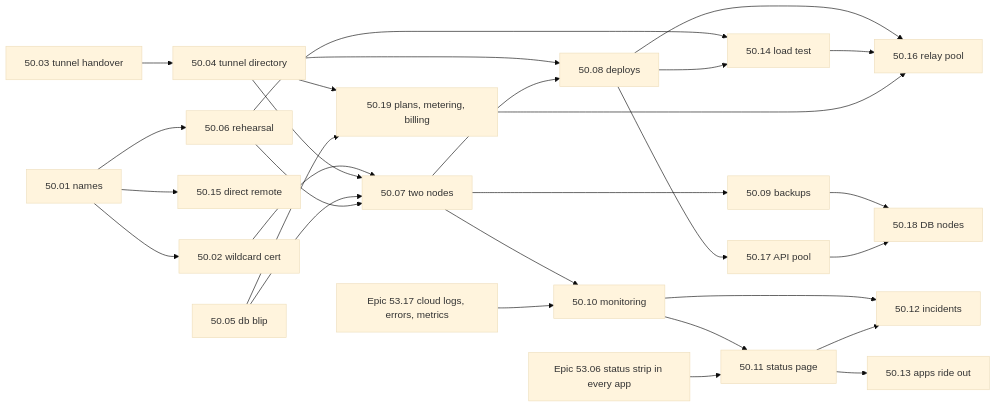
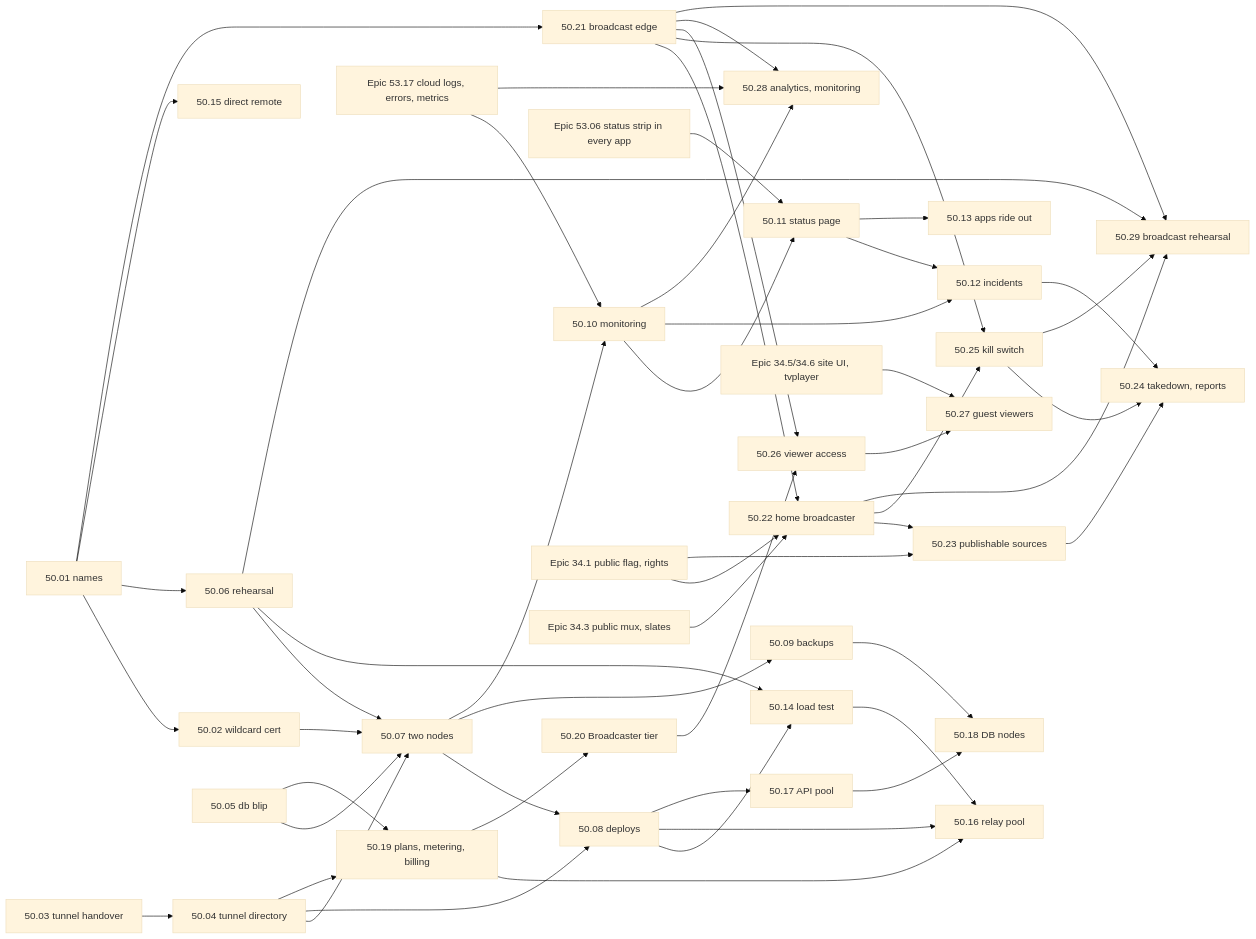
Before and after one commit to Hamza-Labs-Core/Maktaba: the diagram in specs/epics/50-cloud-no-downtime/README.md, drawn with Mermaid (base theme). The commit also changed other lines of this file and 12 other files, not shown here.

First line of the commit message:
docs(spec): Epic 50 home broadcasting and the Broadcaster tier (50.20-50.29)

````diff
--- a/specs/epics/50-cloud-no-downtime/README.md
+++ b/specs/epics/50-cloud-no-downtime/README.md
@@ -356,31 +390,54 @@
 ```mermaid
 graph LR
   S01[50.01 names] --> S02[50.02 wildcard cert]
   S01 --> S06[50.06 rehearsal]
   S01 --> S15[50.15 direct remote]
   S03[50.03 tunnel handover] --> S04[50.04 tunnel directory]
   S02 --> S07[50.07 two nodes]
   S04 --> S07
   S05[50.05 db blip] --> S07
   S06 --> S07
   S04 --> S08[50.08 deploys]
   S07 --> S08
   S07 --> S09[50.09 backups]
   S07 --> S10[50.10 monitoring]
   S10 --> S11[50.11 status page]
   E53_17[Epic 53.17 cloud logs, errors, metrics] --> S10
   E53_06[Epic 53.06 status strip in every app] --> S11
   S10 --> S12[50.12 incidents]
   S11 --> S12
   S11 --> S13[50.13 apps ride out]
   S06 --> S14[50.14 load test]
   S08 --> S14
   S08 --> S16[50.16 relay pool]
   S14 --> S16
   S08 --> S17[50.17 API pool]
   S09 --> S18[50.18 DB nodes]
   S17 --> S18
   S04 --> S19[50.19 plans, metering, billing]
   S05 --> S19
   S19 --> S16
+  S19 --> S20[50.20 Broadcaster tier]
+  S01 --> S21[50.21 broadcast edge]
+  S21 --> S22[50.22 home broadcaster]
+  E34_1[Epic 34.1 public flag, rights] --> S22
+  E34_3[Epic 34.3 public mux, slates] --> S22
+  S22 --> S23[50.23 publishable sources]
+  E34_1 --> S23
+  S21 --> S25[50.25 kill switch]
+  S22 --> S25
+  S23 --> S24[50.24 takedown, reports]
+  S25 --> S24
+  S12 --> S24
+  S20 --> S26[50.26 viewer access]
+  S21 --> S26
+  S26 --> S27[50.27 guest viewers]
+  E34_5[Epic 34.5/34.6 site UI, tvplayer] --> S27
+  S21 --> S28[50.28 analytics, monitoring]
+  S10 --> S28
+  E53_17 --> S28
+  S06 --> S29[50.29 broadcast rehearsal]
+  S21 --> S29
+  S22 --> S29
+  S25 --> S29
 ```
````
